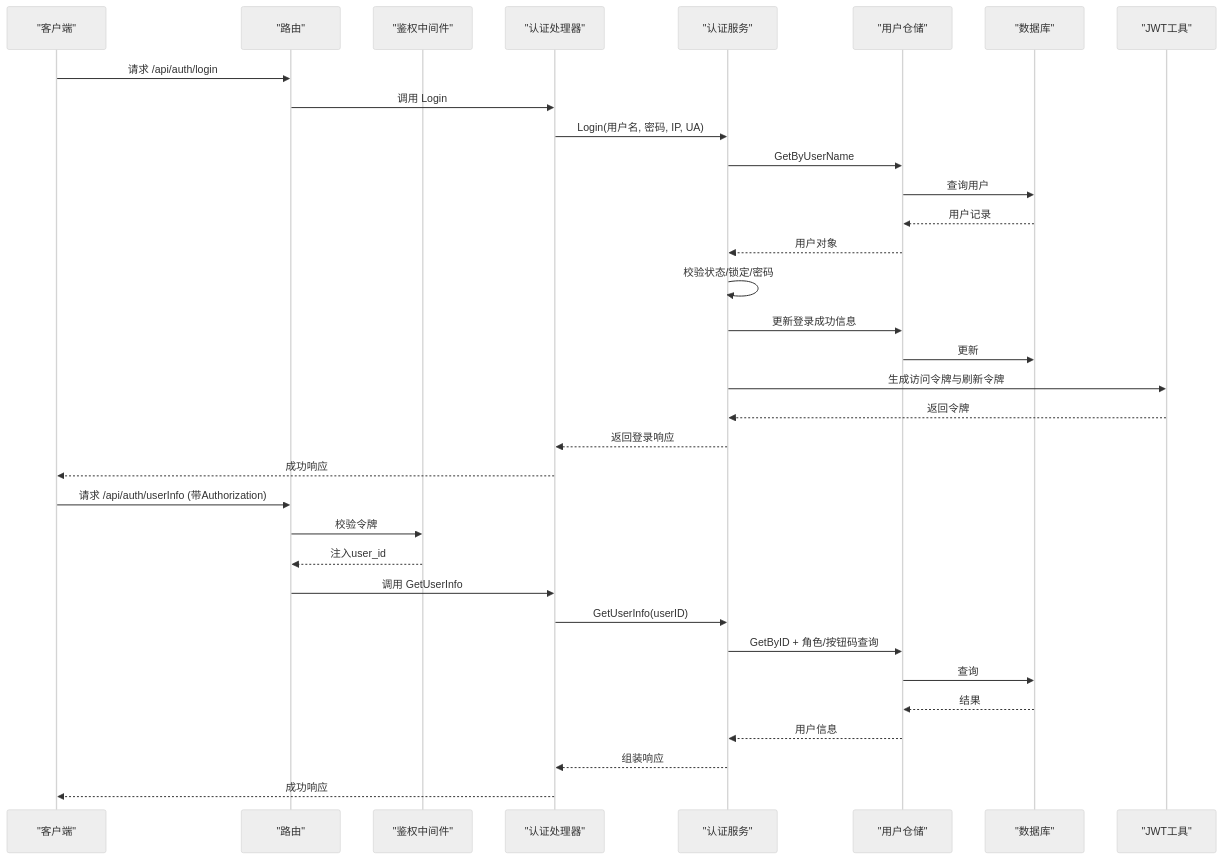
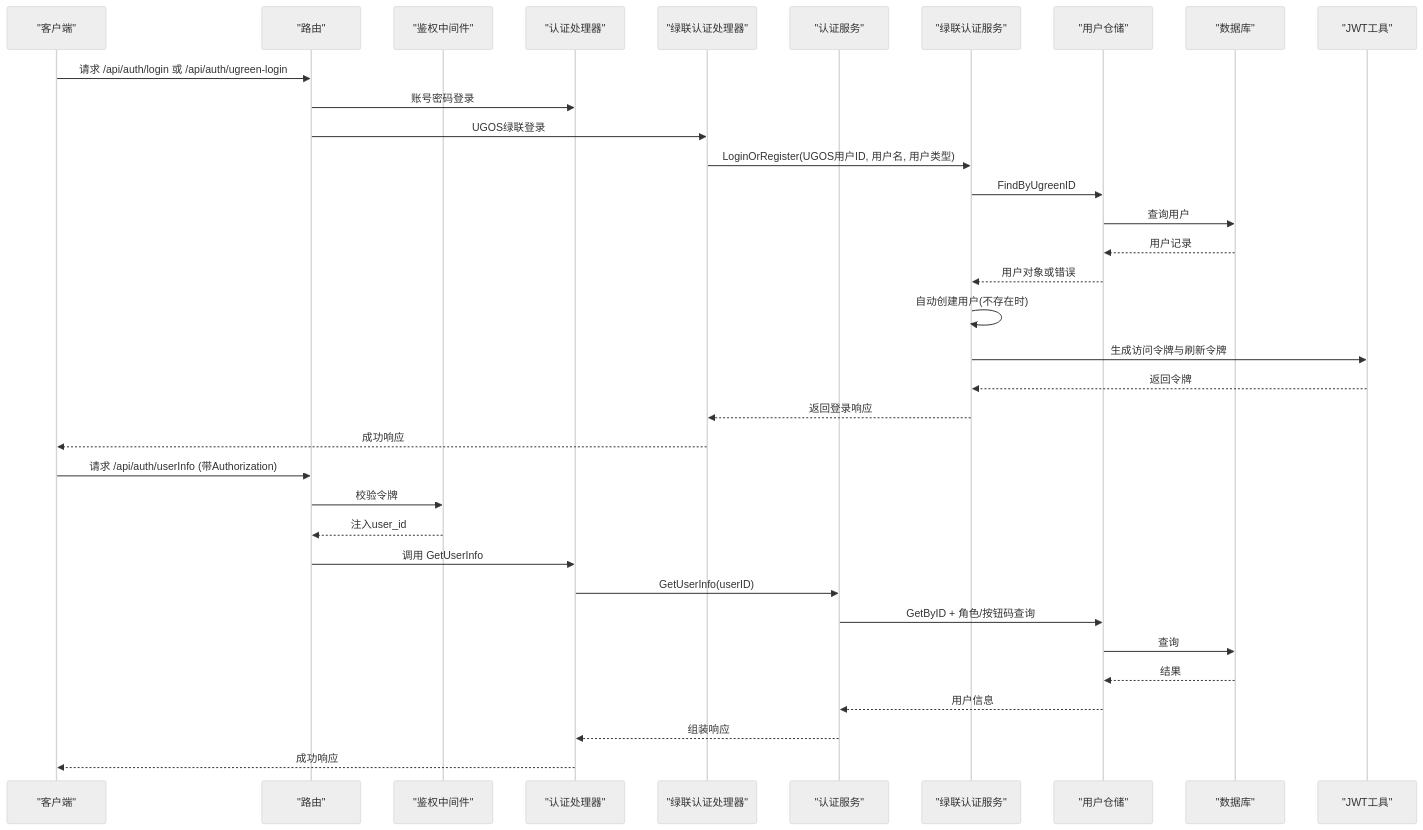
The second of 7 diagrams in .qoder/repowiki/zh/content/API接口文档/认证授权API.md (knifezred/boread), drawn with Mermaid (neutral theme) before and after one commit. The commit also changed other lines of this file and 16 other files, not shown here.

````diff
--- a/.qoder/repowiki/zh/content/API接口文档/认证授权API.md
+++ b/.qoder/repowiki/zh/content/API接口文档/认证授权API.md
@@ -126,36 +152,37 @@
 ```mermaid
 sequenceDiagram
 participant Client as "客户端"
 participant Router as "路由"
 participant AuthMW as "鉴权中间件"
 participant Handler as "认证处理器"
+participant UgreenHandler as "绿联认证处理器"
 participant Service as "认证服务"
+participant UgreenService as "绿联认证服务"
 participant Repo as "用户仓储"
 participant DB as "数据库"
 participant JWT as "JWT工具"
-Client->>Router : 请求 /api/auth/login
-Router->>Handler : 调用 Login
-Handler->>Service : Login(用户名, 密码, IP, UA)
-Service->>Repo : GetByUserName
+Client->>Router : 请求 /api/auth/login 或 /api/auth/ugreen-login
+Router->>Handler : 账号密码登录
+Router->>UgreenHandler : UGOS绿联登录
+UgreenHandler->>UgreenService : LoginOrRegister(UGOS用户ID, 用户名, 用户类型)
+UgreenService->>Repo : FindByUgreenID
 Repo->>DB : 查询用户
 DB-->>Repo : 用户记录
-Repo-->>Service : 用户对象
-Service->>Service : 校验状态/锁定/密码
-Service->>Repo : 更新登录成功信息
-Repo->>DB : 更新
-Service->>JWT : 生成访问令牌与刷新令牌
-JWT-->>Service : 返回令牌
-Service-->>Handler : 返回登录响应
-Handler-->>Client : 成功响应
+Repo-->>UgreenService : 用户对象或错误
+UgreenService->>UgreenService : 自动创建用户(不存在时)
+UgreenService->>JWT : 生成访问令牌与刷新令牌
+JWT-->>UgreenService : 返回令牌
+UgreenService-->>UgreenHandler : 返回登录响应
+UgreenHandler-->>Client : 成功响应
 Client->>Router : 请求 /api/auth/userInfo (带Authorization)
 Router->>AuthMW : 校验令牌
 AuthMW-->>Router : 注入user_id
 Router->>Handler : 调用 GetUserInfo
 Handler->>Service : GetUserInfo(userID)
 Service->>Repo : GetByID + 角色/按钮码查询
 Repo->>DB : 查询
 DB-->>Repo : 结果
 Repo-->>Service : 用户信息
 Service-->>Handler : 组装响应
 Handler-->>Client : 成功响应
 ```
````
